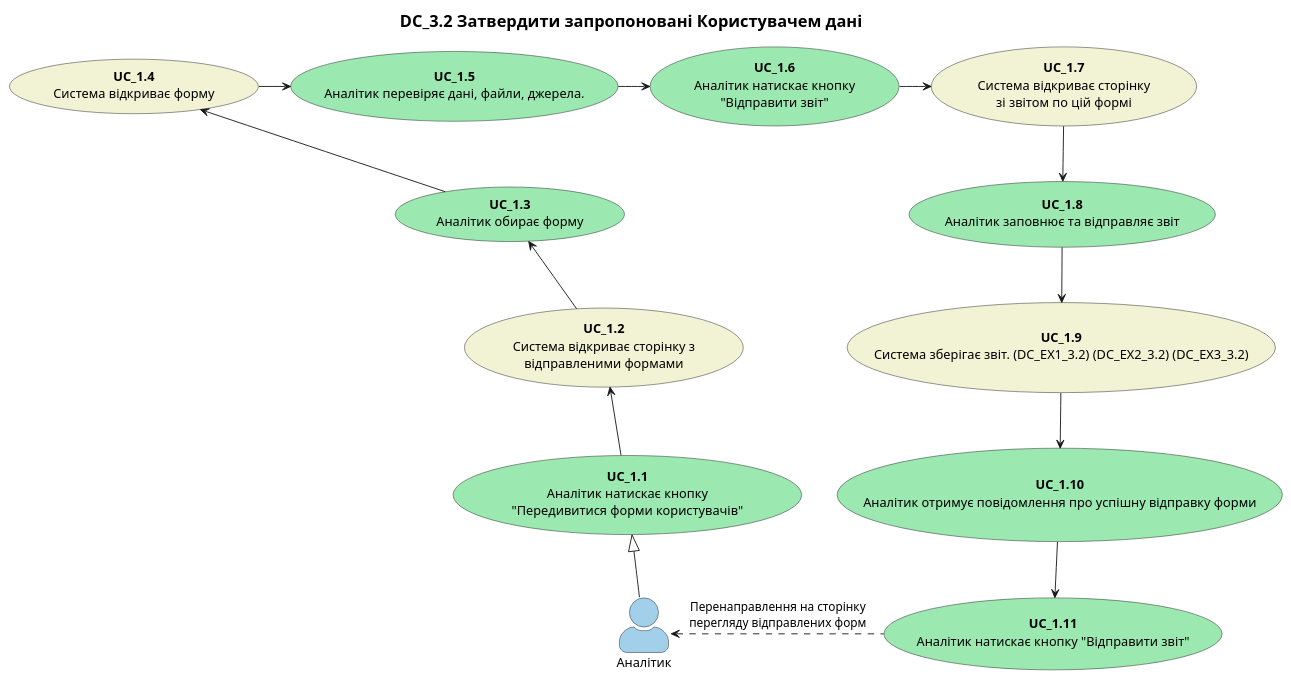
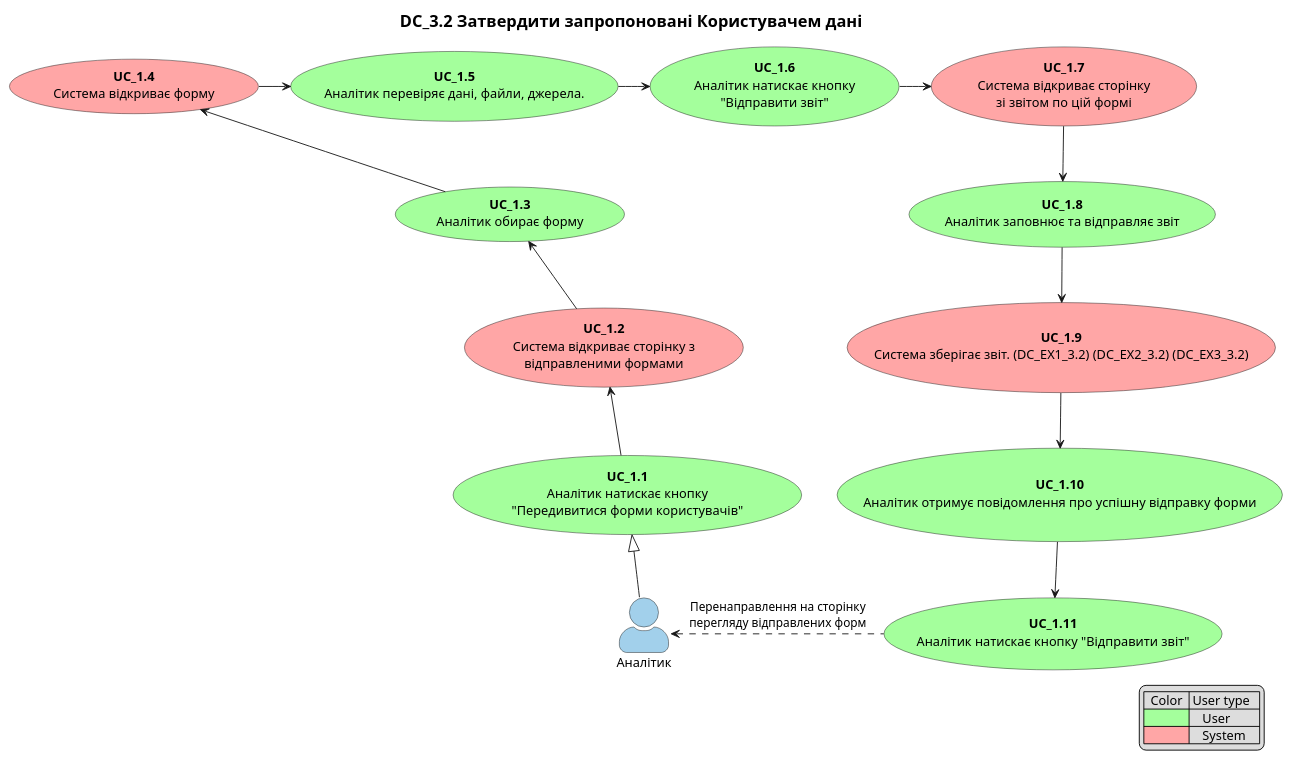
One commit to YanPetrov7/DB_REST_API changed diagram 15 of 16 in docs/use cases/README.md. Above: the diagram before and after it, drawn with PlantUML. The commit also changed other lines of this file, not shown here.

Commit message:
docs: use cases colors & legend

```diff
--- a/docs/use cases/README.md
+++ b/docs/use cases/README.md
@@ -755,36 +809,42 @@
 @startuml
 
     title
         <font size=18 color=black>DC_3.2 Затвердити запропоновані Користувачем дані    
     end title
 
+    legend right
+    |  Color  | User type   |
+    |<#a4ff9c>|    User     |
+    |<#ffa6a6>|    System   |
+    endlegend
+
     skinparam actorStyle awesome
 
     actor "Аналітик" as User #a2d0eb
 
-    usecase "<b>UC_1.1</b>\nАналітик натискає кнопку\n"Передивитися форми користувачів"" as S1 #9be8b0
-    usecase "<b>UC_1.2</b>\nСистема відкриває сторінку з\nвідправленими формами" as S2 #f2f2d5
-    usecase "<b>UC_1.3</b>\nАналітик обирає форму" as S3 #9be8b0
-    usecase "<b>UC_1.4</b>\nСистема відкриває форму" as S4 #f2f2d5
-    usecase "<b>UC_1.5</b>\nАналітик перевіряє дані, файли, джерела." as S5 #9be8b0
-    usecase "<b>UC_1.6</b>\nАналітик натискає кнопку\n"Відправити звіт"" as S6 #9be8b0
-    usecase "<b>UC_1.7</b>\nСистема відкриває сторінку\nзі звітом по цій формі" as S7 #f2f2d5
-    usecase "<b>UC_1.8</b>\nАналітик заповнює та відправляє звіт" as S8 #9be8b0
-    usecase "<b>UC_1.9</b>\nСистема зберігає звіт. (DС_EX1_3.2) (DС_EX2_3.2) (DС_EX3_3.2)" as S9 #f2f2d5
-    usecase "<b>UC_1.10</b>\nАналітик отримує повідомлення про успішну відправку форми" as S10 #9be8b0
-    usecase "<b>UC_1.11</b>\nАналітик натискає кнопку "Відправити звіт"" as S11 #9be8b0
+    usecase "<b>UC_1.1</b>\nАналітик натискає кнопку\n"Передивитися форми користувачів"" as S1 #a4ff9c
+    usecase "<b>UC_1.2</b>\nСистема відкриває сторінку з\nвідправленими формами" as S2 #ffa6a6
+    usecase "<b>UC_1.3</b>\nАналітик обирає форму" as S3 #a4ff9c
+    usecase "<b>UC_1.4</b>\nСистема відкриває форму" as S4 #ffa6a6
+    usecase "<b>UC_1.5</b>\nАналітик перевіряє дані, файли, джерела." as S5 #a4ff9c
+    usecase "<b>UC_1.6</b>\nАналітик натискає кнопку\n"Відправити звіт"" as S6 #a4ff9c
+    usecase "<b>UC_1.7</b>\nСистема відкриває сторінку\nзі звітом по цій формі" as S7 #ffa6a6
+    usecase "<b>UC_1.8</b>\nАналітик заповнює та відправляє звіт" as S8 #a4ff9c
+    usecase "<b>UC_1.9</b>\nСистема зберігає звіт. (DС_EX1_3.2) (DС_EX2_3.2) (DС_EX3_3.2)" as S9 #ffa6a6
+    usecase "<b>UC_1.10</b>\nАналітик отримує повідомлення про успішну відправку форми" as S10 #a4ff9c
+    usecase "<b>UC_1.11</b>\nАналітик натискає кнопку "Відправити звіт"" as S11 #a4ff9c
 
     User -up-|> S1
     S1 -up-> S2
     S2 -up-> S3
     S3 -up-> S4
     S4 -right-> S5
     S5 -right-> S6
     S6 -right-> S7
     S7 -down-> S8
     S8 -down-> S9
     S9 -down-> S10
     S10 -down-> S11
     S11 -left.> User: Перенаправлення на сторінку\nперегляду відправлених форм
     
 @enduml
```
